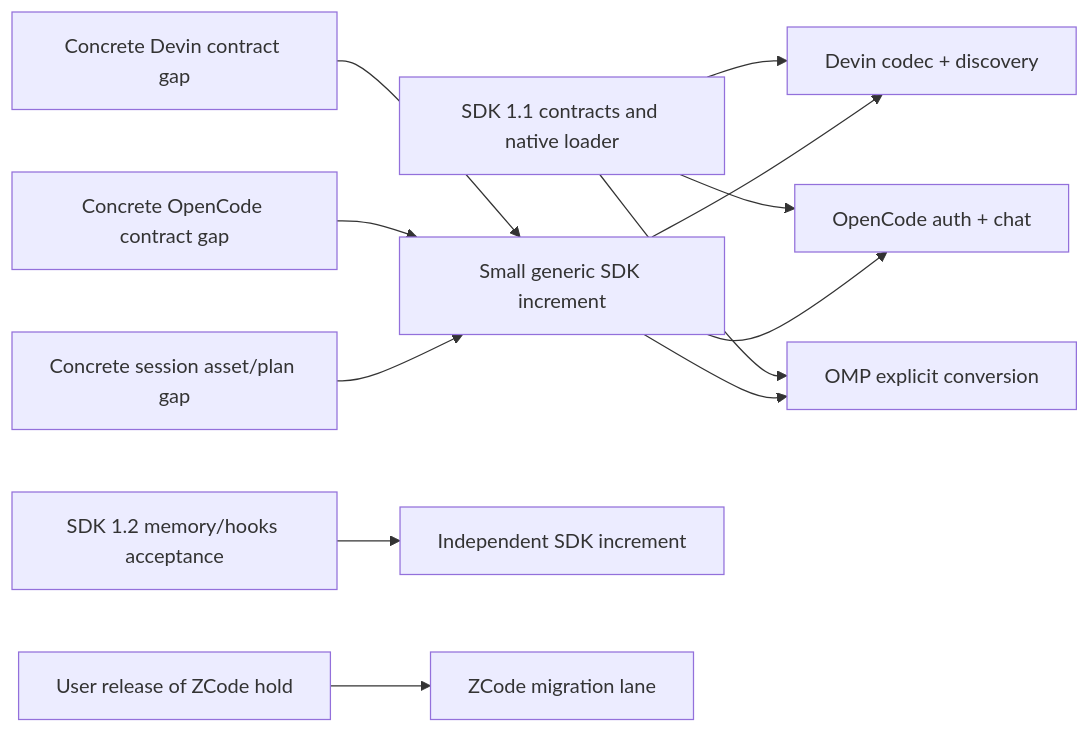
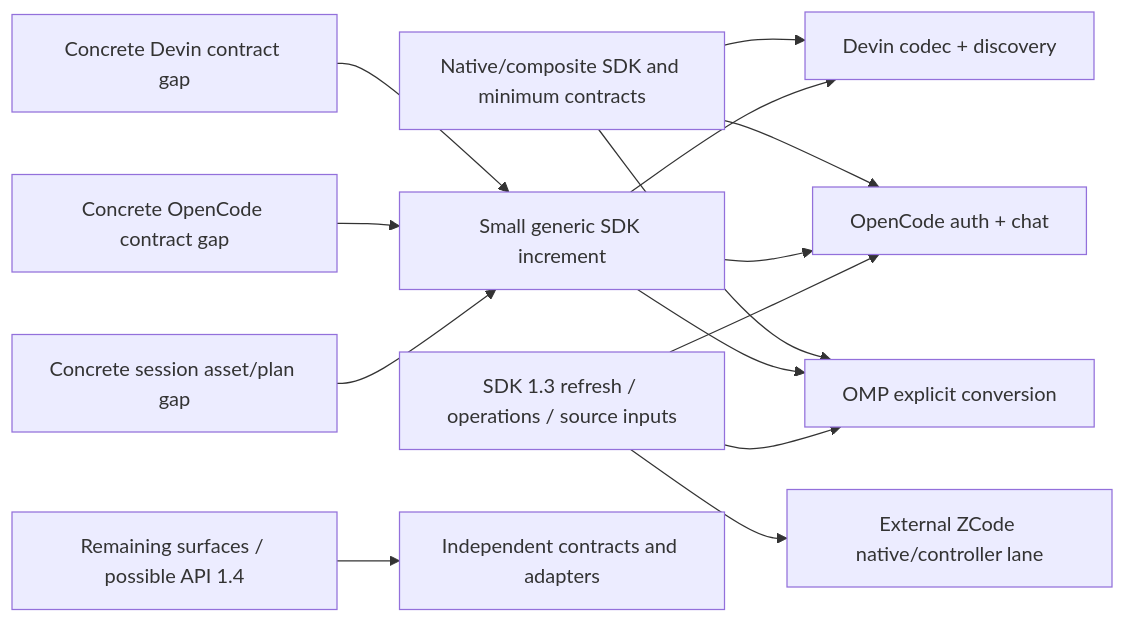
The diagram in docs/plans/plugin-first-delivery.md (TransmuteLabs/magpie), drawn with Mermaid before and after one commit. The commit also changed other lines of this file and 5 other files, not shown here.

First line of the commit message:
Separate verified SDK contracts from remaining extension and vendor work

````diff
--- a/docs/plans/plugin-first-delivery.md
+++ b/docs/plans/plugin-first-delivery.md
@@ -53,14 +64,16 @@
 ```mermaid
 flowchart LR
-  Base["SDK 1.1 contracts and native loader"] --> Devin["Devin codec + discovery"]
+  Base["Native/composite SDK and minimum contracts"] --> Devin["Devin codec + discovery"]
   Base --> OC["OpenCode auth + chat"]
   Base --> OMP["OMP explicit conversion"]
   DBlock["Concrete Devin contract gap"] --> Patch["Small generic SDK increment"]
   OBlock["Concrete OpenCode contract gap"] --> Patch
   SBlock["Concrete session asset/plan gap"] --> Patch
   Patch --> Devin
   Patch --> OC
   Patch --> OMP
-  Hooks["SDK 1.2 memory/hooks acceptance"] --> Separate["Independent SDK increment"]
-  Hold["User release of ZCode hold"] --> Z["ZCode migration lane"]
+  SDK13["SDK 1.3 refresh / operations / source inputs"] --> OC
+  SDK13 --> OMP
+  SDK13 --> Z["External ZCode native/controller lane"]
+  Future["Remaining surfaces / possible API 1.4"] --> Separate["Independent contracts and adapters"]
 ```
````
